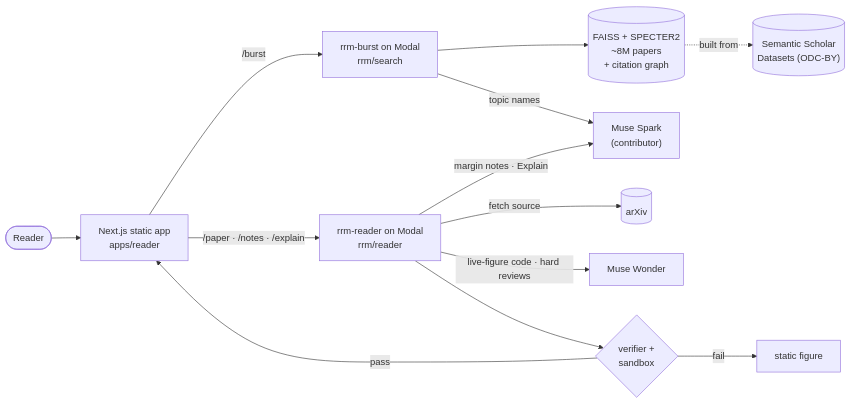
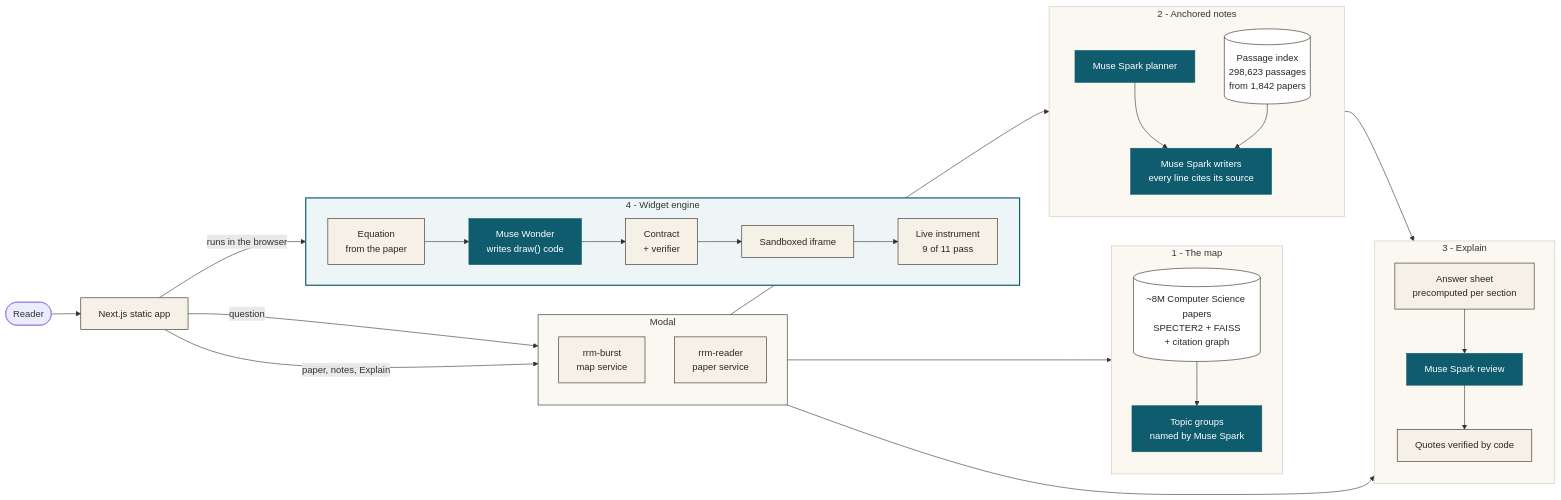
The diagram in README.md (FrankEBaru/research-microscope), drawn with Mermaid before and after one commit. The commit also changed other lines of this file, not shown here.

Commit message:
RRM-105: README architecture accuracy
- Diagram: Modal hosts rrm-burst and rrm-reader; map over ~8M CS papers
  with topic groups named by Muse Spark; anchored notes (Spark planner and
  writers, passage index of 298,623 passages from 1,842 papers); Explain
  (precomputed answer sheet, Spark review, quotes verified by code); widget
  engine (Muse Wonder writes draw() at build time, contract + verifier,
  sandboxed iframe, 9 of 11 pass).
- Meta models table: Wonder is widget code at build time only.
- Removed statements about which licenses are shown in full; attribution only.
- Honest limits: product limits only.

````diff
--- a/README.md
+++ b/README.md
@@ -47,15 +47,62 @@
 ```mermaid
 flowchart LR
-  U([Reader]) --> UI["Next.js static app<br/>apps/reader"]
-  UI -- "/burst" --> B["rrm-burst on Modal<br/>rrm/search"]
-  UI -- "/paper · /notes · /explain" --> R["rrm-reader on Modal<br/>rrm/reader"]
-  B --> F[("FAISS + SPECTER2<br/>~8M papers<br/>+ citation graph")]
-  F -. built from .-> S2[("Semantic Scholar<br/>Datasets (ODC-BY)")]
-  B -- "topic names" --> M1["Muse Spark<br/>(contributor)"]
-  R -- "fetch source" --> AX[("arXiv")]
-  R -- "margin notes · Explain" --> M1
-  R -- "live-figure code · hard reviews" --> M2["Muse Wonder"]
-  R --> V{"verifier +<br/>sandbox"}
-  V -- pass --> UI
-  V -- fail --> ST["static figure"]
+  U([Reader]) --> UI["Next.js static app"]
+
+  subgraph MODAL["Modal"]
+    direction TB
+    B["rrm-burst<br/>map service"]
+    R["rrm-reader<br/>paper service"]
+  end
+
+  UI -- "question" --> B
+  UI -- "paper, notes, Explain" --> R
+
+  subgraph MAP["1 - The map"]
+    direction TB
+    F[("~8M Computer Science papers<br/>SPECTER2 + FAISS<br/>+ citation graph")]
+    G["Topic groups<br/>named by Muse Spark"]
+    F --> G
+  end
+  B --> F
+
+  subgraph NOTES["2 - Anchored notes"]
+    direction TB
+    P["Muse Spark planner"]
+    W["Muse Spark writers<br/>every line cites its source"]
+    PI[("Passage index<br/>298,623 passages<br/>from 1,842 papers")]
+    P --> W
+    PI --> W
+  end
+  R --> P
+
+  subgraph EXPLAIN["3 - Explain"]
+    direction TB
+    S["Answer sheet<br/>precomputed per section"]
+    E["Muse Spark review"]
+    Q["Quotes verified by code"]
+    S --> E --> Q
+  end
+  R --> S
+  PI --> S
+
+  subgraph ENGINE["4 - Widget engine"]
+    direction LR
+    EQ["Equation<br/>from the paper"] --> MW["Muse Wonder<br/>writes draw() code"]
+    MW --> CV["Contract<br/>+ verifier"]
+    CV --> SB["Sandboxed iframe"]
+    SB --> LI["Live instrument<br/>9 of 11 pass"]
+  end
+  UI -- "runs in the browser" --> SB
+
+  classDef meta fill:#0f5c6e,stroke:#0f5c6e,color:#ffffff
+  classDef ours fill:#f6f1e7,stroke:#2b2620,color:#2b2620
+  classDef data fill:#ffffff,stroke:#2b2620,color:#2b2620
+  class G,P,W,E,MW meta
+  class UI,B,R,S,Q,EQ,CV,SB,LI ours
+  class F,PI data
+  style MODAL fill:#fbf8f2,stroke:#2b2620
+  style MAP fill:#fbf8f2,stroke:#cfc6b8
+  style NOTES fill:#fbf8f2,stroke:#cfc6b8
+  style EXPLAIN fill:#fbf8f2,stroke:#cfc6b8
+  style ENGINE fill:#eef5f6,stroke:#0f5c6e,stroke-width:2px
 ```
````
